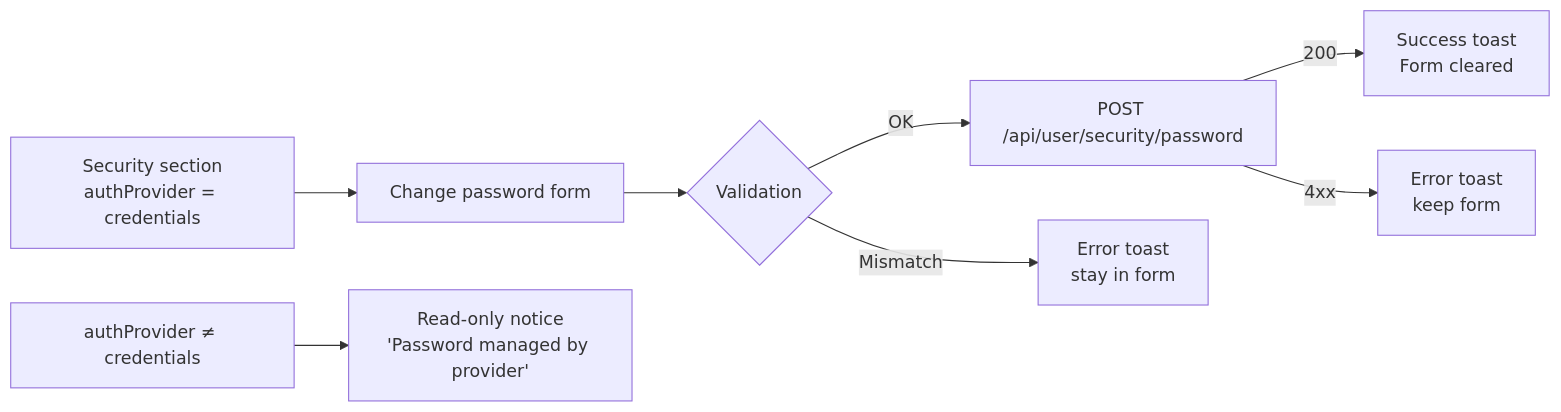
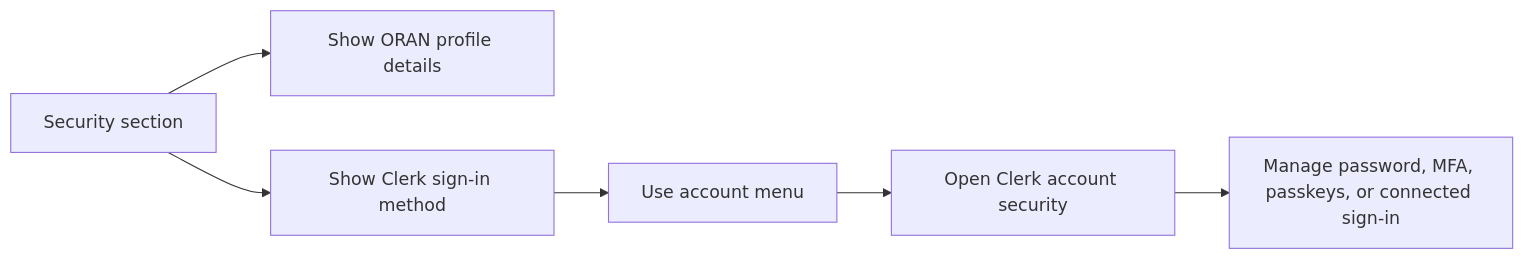
Before and after one commit to AutomatedEmpires/Open-Resource-Access-Network: the second of 2 diagrams in docs/ui/flows/seeker-profile.md, drawn with Mermaid. The commit also changed 215 other files, not shown here.

````diff
--- a/docs/ui/flows/seeker-profile.md
+++ b/docs/ui/flows/seeker-profile.md
@@ -89,11 +89,8 @@
 ```mermaid
 flowchart LR
-    A[Security section\nauthProvider = credentials] --> B[Change password form]
-    B --> C{Validation}
-    C -->|OK| D[POST /api/user/security/password]
-    D -->|200| E[Success toast\nForm cleared]
-    D -->|4xx| F[Error toast\nkeep form]
-    C -->|Mismatch| G[Error toast\nstay in form]
-
-    A2[authProvider ≠ credentials] --> H[Read-only notice\n'Password managed by provider']
+    A[Security section] --> B[Show ORAN profile details]
+    A --> C[Show Clerk sign-in method]
+    C --> D[Use account menu]
+    D --> E[Open Clerk account security]
+    E --> F[Manage password, MFA, passkeys, or connected sign-in]
 ```
````
